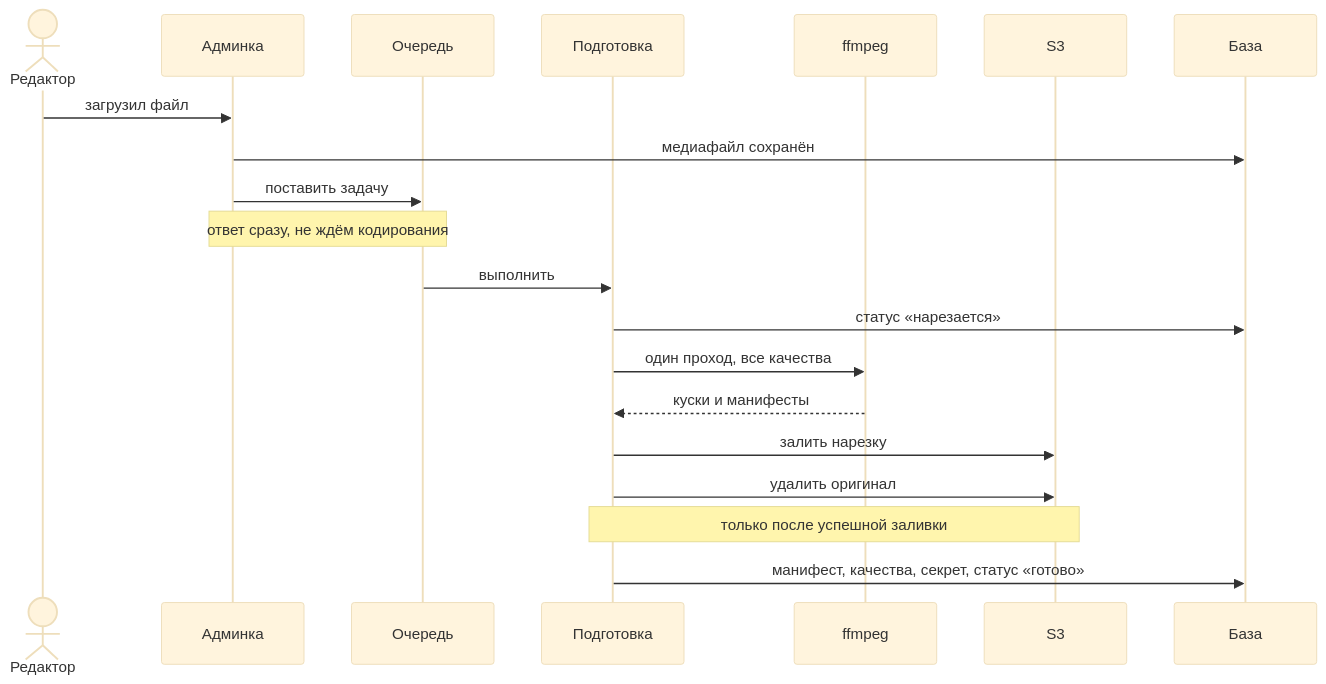
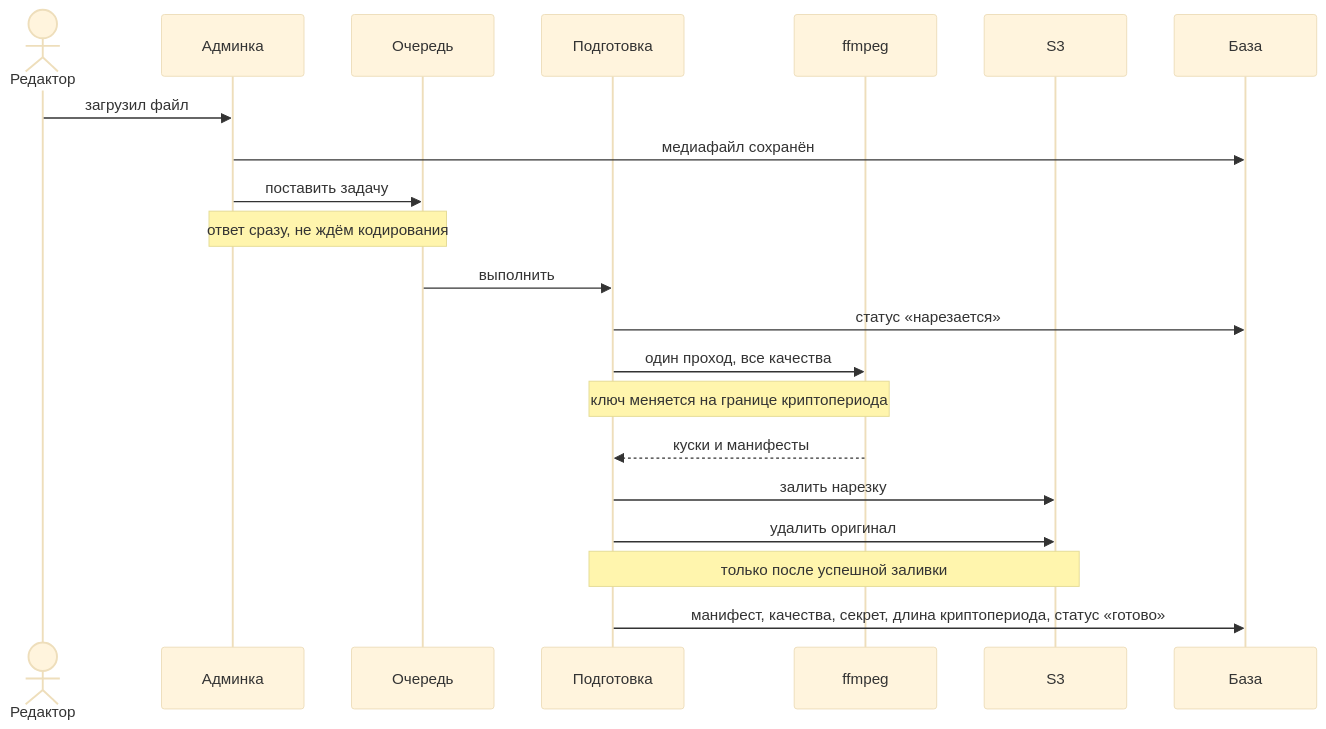
One commit to Vovanda/WebHolyGrail changed the second of 6 diagrams in docs/whg/39-video.md. Above: the diagram before and after it, drawn with Mermaid (base theme). The commit also changed other lines of this file and 8 other files, not shown here.

````diff
--- a/docs/whg/39-video.md
+++ b/docs/whg/39-video.md
@@ -75,23 +74,24 @@
 ```mermaid
 sequenceDiagram
     actor Редактор
     participant Админка
     participant Очередь
     participant Сценарий as Подготовка
     participant ffmpeg
     participant S3
     participant База
 
     Редактор->>Админка: загрузил файл
     Админка->>База: медиафайл сохранён
     Админка->>Очередь: поставить задачу
     Note over Админка,Очередь: ответ сразу, не ждём кодирования
     Очередь->>Сценарий: выполнить
     Сценарий->>База: статус «нарезается»
     Сценарий->>ffmpeg: один проход, все качества
+    Note over Сценарий,ffmpeg: ключ меняется на границе криптопериода
     ffmpeg-->>Сценарий: куски и манифесты
     Сценарий->>S3: залить нарезку
     Сценарий->>S3: удалить оригинал
     Note over Сценарий,S3: только после успешной заливки
-    Сценарий->>База: манифест, качества, секрет, статус «готово»
+    Сценарий->>База: манифест, качества, секрет, длина криптопериода, статус «готово»
 ```
````
